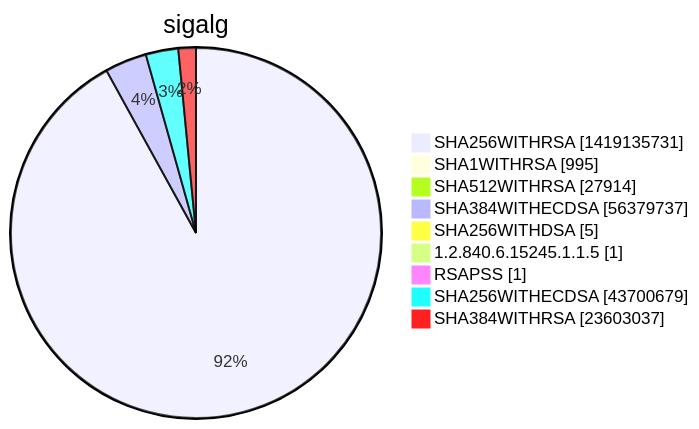
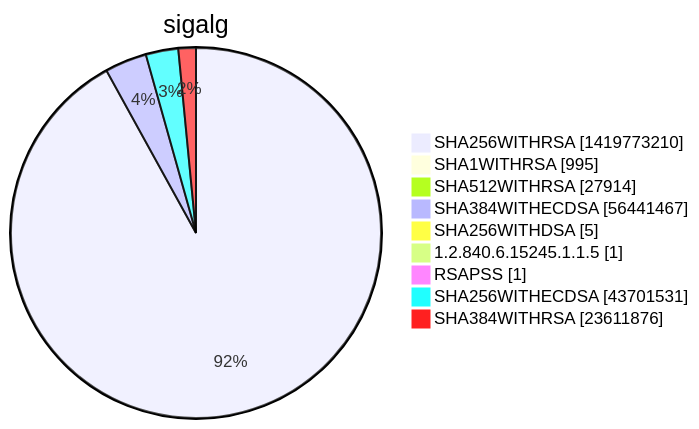
Before and after one commit to christiankrug/ctmonitor_visualization: diagram 15 of 15 in xenon2022/README.md, drawn with Mermaid. The commit also changed other lines of this file, not shown here.

````diff
--- a/xenon2022/README.md
+++ b/xenon2022/README.md
@@ -5858,13 +5858,13 @@
 ```mermaid
 pie showData
 title sigalg
-"SHA256WITHRSA" :1419135731
+"SHA256WITHRSA" :1419773210
 "SHA1WITHRSA" :995
 "SHA512WITHRSA" :27914
-"SHA384WITHECDSA" :56379737
+"SHA384WITHECDSA" :56441467
 "SHA256WITHDSA" :5
 "1.2.840.6.15245.1.1.5" :1
 "RSAPSS" :1
-"SHA256WITHECDSA" :43700679
-"SHA384WITHRSA" :23603037
+"SHA256WITHECDSA" :43701531
+"SHA384WITHRSA" :23611876
 ```
````
